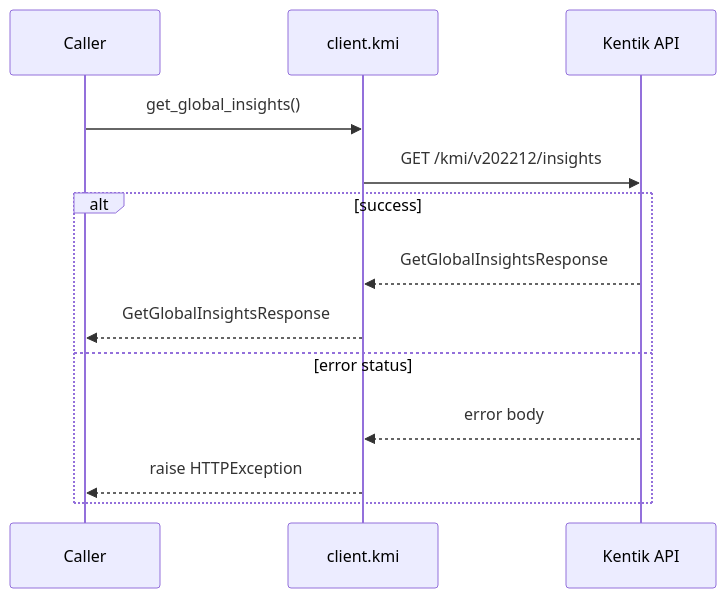
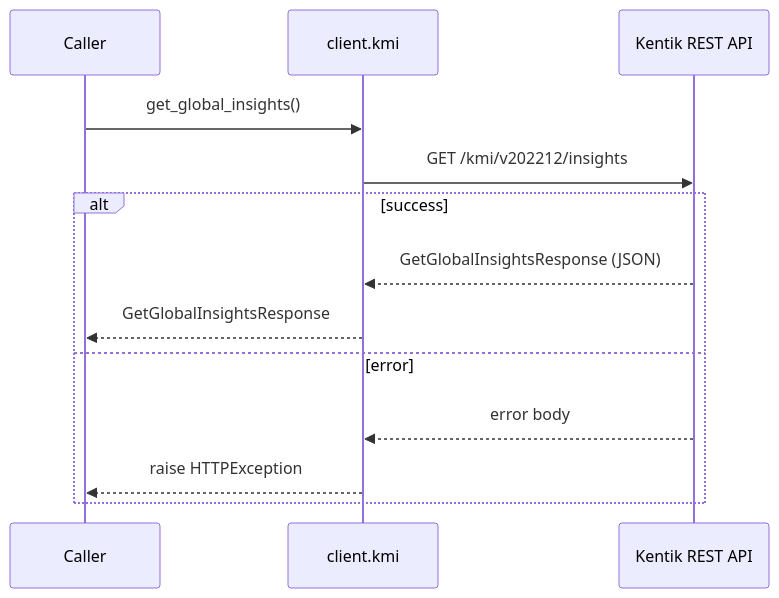
Before and after one commit to alexdearaujo/community_sdk_python: the second of 12 diagrams in docs/sphinx/services/kmi.md, drawn with Mermaid. The commit also changed other lines of this file and 61 other files, not shown here.

````diff
--- a/docs/sphinx/services/kmi.md
+++ b/docs/sphinx/services/kmi.md
@@ -33,16 +35,16 @@
 ```mermaid
 sequenceDiagram
     participant C as Caller
     participant W as client.kmi
-    participant API as Kentik API
+    participant API as Kentik REST API
 
     C->>W: get_global_insights()
     W->>API: GET /kmi/v202212/insights
     alt success
-        API-->>W: GetGlobalInsightsResponse
+        API-->>W: GetGlobalInsightsResponse (JSON)
         W-->>C: GetGlobalInsightsResponse
-    else error status
+    else error
         API-->>W: error body
         W-->>C: raise HTTPException
     end
 ```
````
